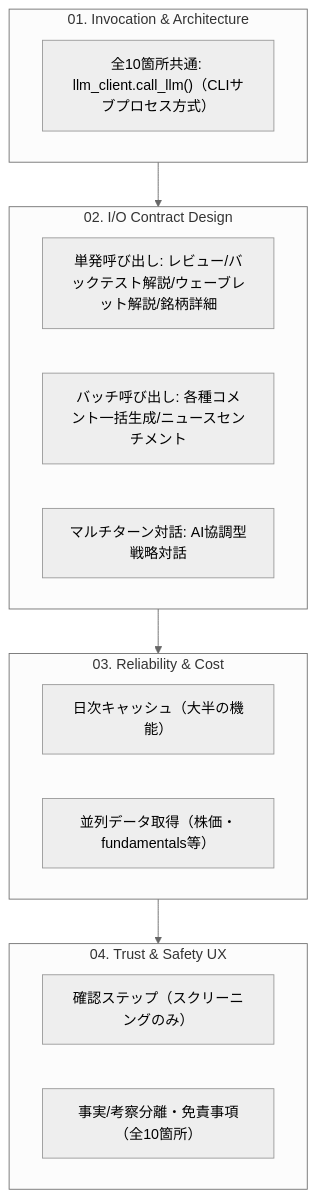
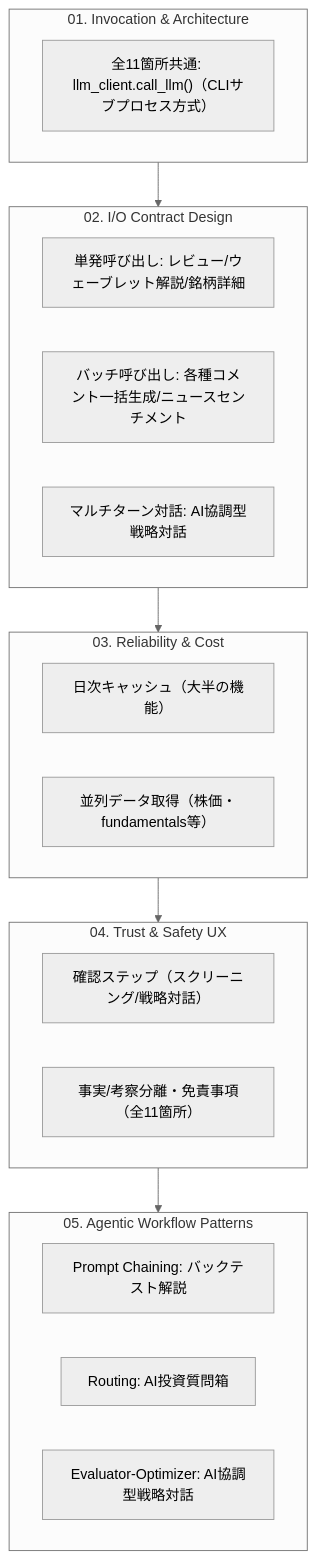
One commit to duwenji/genai-app-integration-tutorial changed the diagram in docs/06-real-world-case-study/01-case-study-map.md. Above: the diagram before and after it, drawn with Mermaid (neutral theme). The commit also changed other lines of this file and 7 other files, not shown here.

````diff
--- a/docs/06-real-world-case-study/01-case-study-map.md
+++ b/docs/06-real-world-case-study/01-case-study-map.md
@@ -74,21 +98,26 @@
 ```mermaid
 flowchart TB
     subgraph cat01["01. Invocation & Architecture"]
-        c01n["全10箇所共通: llm_client.call_llm()（CLIサブプロセス方式）"]
+        c01n["全11箇所共通: llm_client.call_llm()（CLIサブプロセス方式）"]
     end
     subgraph cat02["02. I/O Contract Design"]
-        c02a["単発呼び出し: レビュー/バックテスト解説/ウェーブレット解説/銘柄詳細"]
+        c02a["単発呼び出し: レビュー/ウェーブレット解説/銘柄詳細"]
         c02b["バッチ呼び出し: 各種コメント一括生成/ニュースセンチメント"]
         c02c["マルチターン対話: AI協調型戦略対話"]
     end
     subgraph cat03["03. Reliability & Cost"]
         c03a["日次キャッシュ（大半の機能）"]
         c03b["並列データ取得（株価・fundamentals等）"]
     end
     subgraph cat04["04. Trust & Safety UX"]
-        c04a["確認ステップ（スクリーニングのみ）"]
-        c04b["事実/考察分離・免責事項（全10箇所）"]
+        c04a["確認ステップ（スクリーニング/戦略対話）"]
+        c04b["事実/考察分離・免責事項（全11箇所）"]
+    end
+    subgraph cat05["05. Agentic Workflow Patterns"]
+        c05a["Prompt Chaining: バックテスト解説"]
+        c05b["Routing: AI投資質問箱"]
+        c05c["Evaluator-Optimizer: AI協調型戦略対話"]
     end
 
-    cat01 --> cat02 --> cat03 --> cat04
+    cat01 --> cat02 --> cat03 --> cat04 --> cat05
 ```
````
